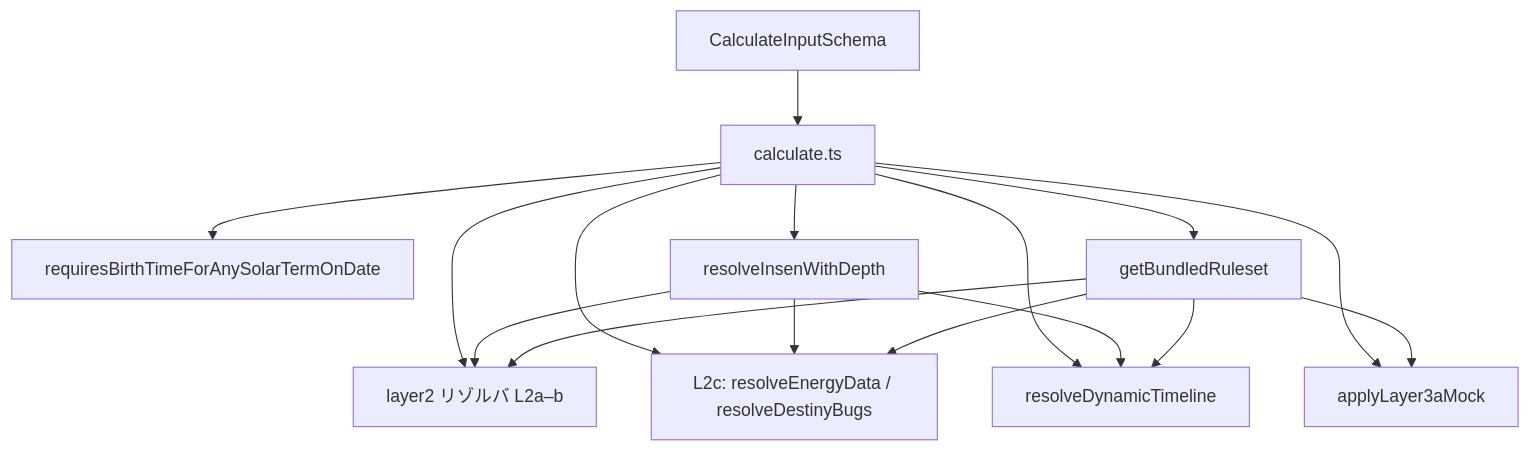
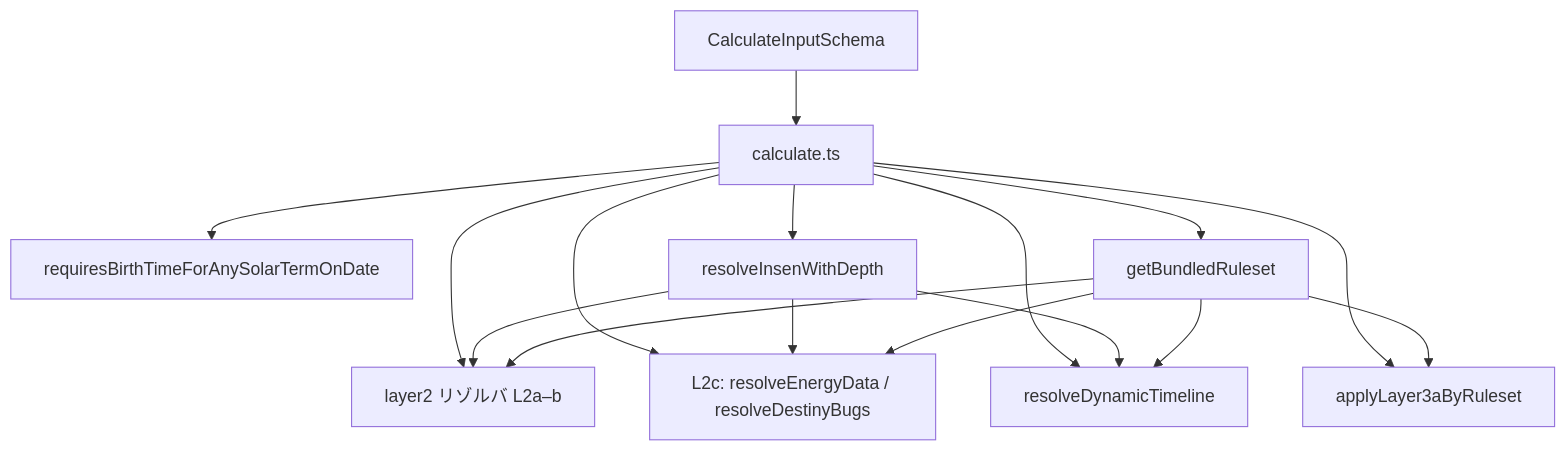
The fifth of 7 diagrams in Docs/IMPLEMENTATION.md (DukeGomadango/sanmei-core), drawn with Mermaid before and after one commit. The commit also changed other lines of this file and 8 other files, not shown here.

````diff
--- a/Docs/IMPLEMENTATION.md
+++ b/Docs/IMPLEMENTATION.md
@@ -131,27 +131,27 @@
 ```mermaid
 flowchart TB
   in[CalculateInputSchema]
   calc[calculate.ts]
   req[requiresBirthTimeForAnySolarTermOnDate]
   d1[resolveInsenWithDepth]
   rs[getBundledRuleset]
   l2[layer2 リゾルバ L2a–b]
   l2c[L2c: resolveEnergyData / resolveDestinyBugs]
   dt[resolveDynamicTimeline]
-  l3a[applyLayer3aMock]
+  l3a[applyLayer3aByRuleset]
   in --> calc
   calc --> req
   calc --> d1
   calc --> rs
   calc --> l2
   calc --> l2c
   calc --> dt
   calc --> l3a
   d1 --> l2
   d1 --> l2c
   d1 --> dt
   rs --> l2
   rs --> l2c
   rs --> dt
   rs --> l3a
 ```
````
